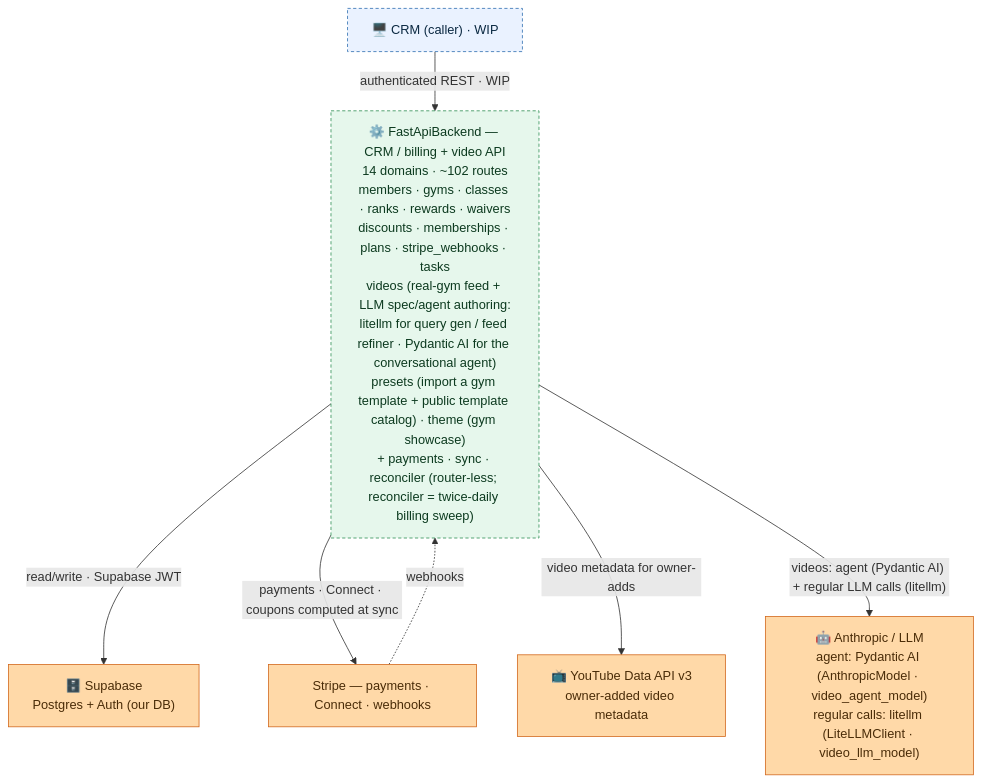
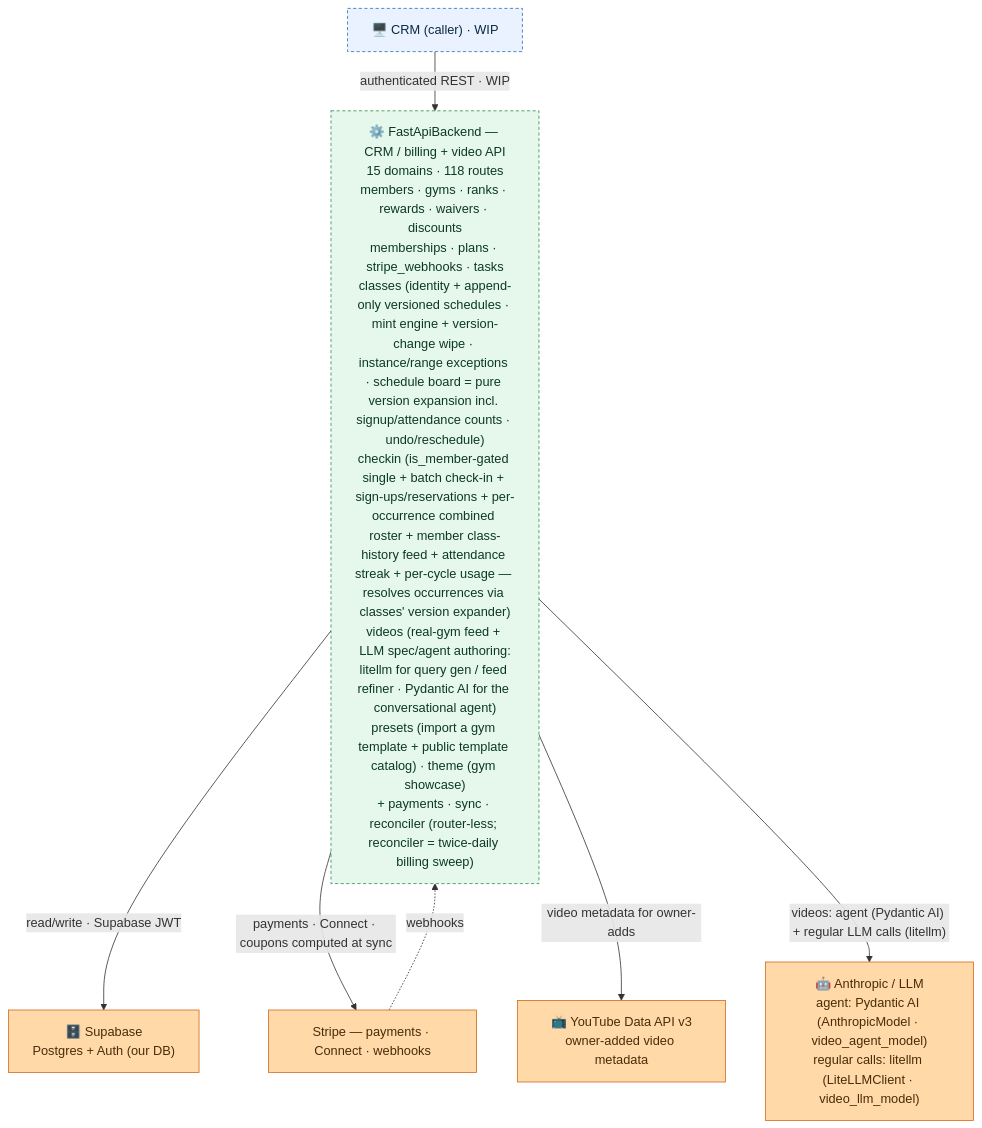
One commit to jesse51002/CombatDen changed the diagram in FastApiBackend/README.md. Above: the diagram before and after it, drawn with Mermaid. The commit also changed other lines of this file and 396 other files, not shown here.

First line of the commit message:
Class system: multi-slot schedules, time-aware gate, terminal-date semantics, class history, required images (#46)

````diff
--- a/FastApiBackend/README.md
+++ b/FastApiBackend/README.md
@@ -16,23 +16,23 @@
 ```mermaid
 flowchart TB
   CRM["🖥️ CRM (caller) · WIP"]
-  FB["⚙️ FastApiBackend — CRM / billing + video API<br/>14 domains · ~102 routes<br/>members · gyms · classes · ranks · rewards · waivers<br/>discounts · memberships · plans · stripe_webhooks · tasks<br/>videos (real-gym feed + LLM spec/agent authoring:<br/>litellm for query gen / feed refiner · Pydantic AI for the conversational agent)<br/>presets (import a gym template + public template catalog) · theme (gym showcase)<br/>+ payments · sync · reconciler (router-less; reconciler = twice-daily billing sweep)"]
+  FB["⚙️ FastApiBackend — CRM / billing + video API<br/>15 domains · 118 routes<br/>members · gyms · ranks · rewards · waivers · discounts<br/>memberships · plans · stripe_webhooks · tasks<br/>classes (identity + append-only versioned schedules · mint engine + version-change wipe · instance/range exceptions · schedule board = pure version expansion incl. signup/attendance counts · undo/reschedule)<br/>checkin (is_member-gated single + batch check-in + sign-ups/reservations + per-occurrence combined roster + member class-history feed + attendance streak + per-cycle usage — resolves occurrences via classes' version expander)<br/>videos (real-gym feed + LLM spec/agent authoring:<br/>litellm for query gen / feed refiner · Pydantic AI for the conversational agent)<br/>presets (import a gym template + public template catalog) · theme (gym showcase)<br/>+ payments · sync · reconciler (router-less; reconciler = twice-daily billing sweep)"]
   Supabase["🗄️ Supabase<br/>Postgres + Auth (our DB)"]
   Stripe["Stripe — payments · Connect · webhooks"]
   YouTube["📺 YouTube Data API v3<br/>owner-added video metadata"]
   LLMProvider["🤖 Anthropic / LLM<br/>agent: Pydantic AI (AnthropicModel · video_agent_model)<br/>regular calls: litellm (LiteLLMClient · video_llm_model)"]
   CRM -->|"authenticated REST · WIP"| FB
   FB -->|"read/write · Supabase JWT"| Supabase
   FB -->|"payments · Connect · coupons computed at sync"| Stripe
   Stripe -.->|"webhooks"| FB
   FB -->|"video metadata for owner-adds"| YouTube
   FB -->|"videos: agent (Pydantic AI) + regular LLM calls (litellm)"| LLMProvider
   classDef client fill:#eaf2ff,stroke:#2f6fb0,color:#0b2942;
   classDef svc fill:#e6f7ec,stroke:#2f8f53,color:#0c3a1f;
   classDef ext fill:#ffd9a8,stroke:#d2691e,color:#4a2c08;
   class CRM client;
   class FB svc;
   class Supabase,Stripe,YouTube,LLMProvider ext;
   style CRM stroke-dasharray:4 3;
   style FB stroke-dasharray:4 3;
 ```
````
